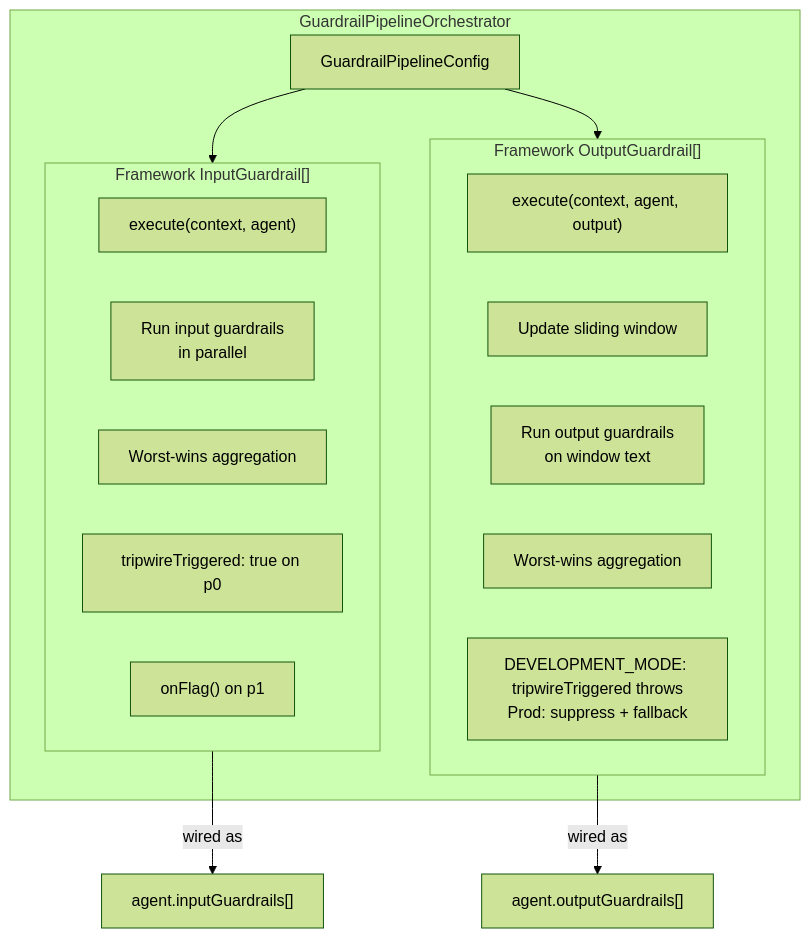
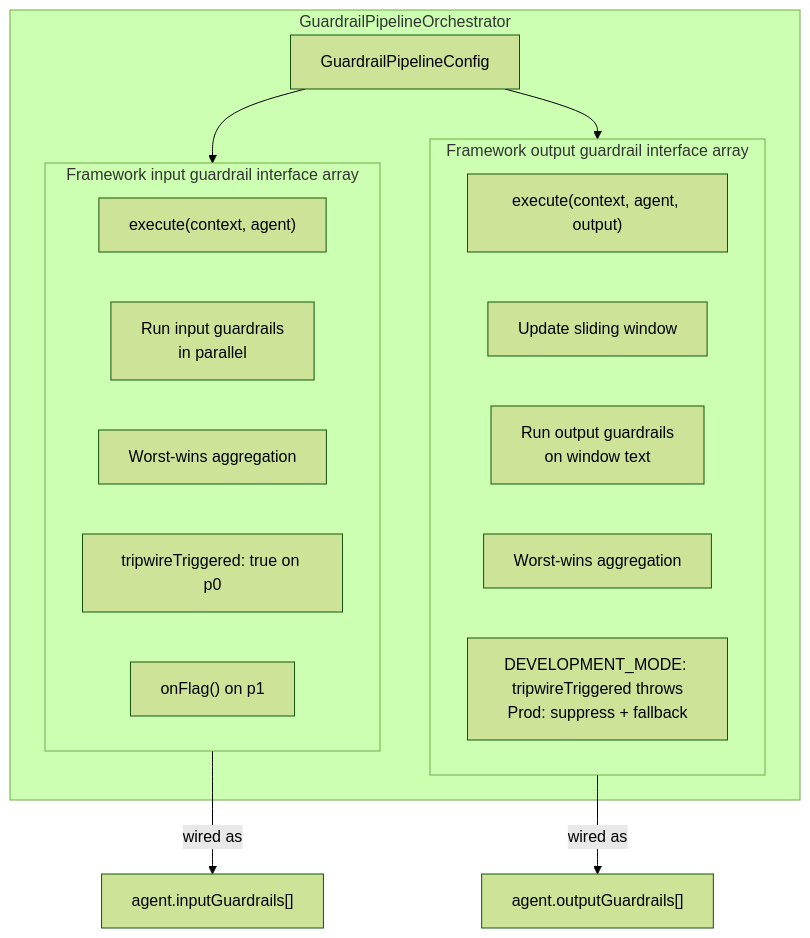
Diagram 15 of 17 in plan/10-guardrails.md (1qh/safeagent), drawn with Mermaid (forest theme) before and after one commit. The commit also changed other lines of this file and 18 other files, not shown here.

````diff
--- a/plan/10-guardrails.md
+++ b/plan/10-guardrails.md
@@ -658,28 +658,28 @@
 ```mermaid
 flowchart TB
     subgraph PIPELINE_ORCHESTRATOR["GuardrailPipelineOrchestrator"]
         CONFIG["GuardrailPipelineConfig"]
         
-        subgraph FRAMEWORK_INPUT_GUARDRAILS["Framework InputGuardrail[]"]
+        subgraph FRAMEWORK_INPUT_GUARDRAILS["Framework input guardrail interface array"]
             INPUT_EXECUTE_HOOK["execute(context, agent)"]
             INPUT_PARALLEL_RUN["Run input guardrails\nin parallel"]
             INPUT_WORST_WINS["Worst-wins aggregation"]
             INPUT_TRIPWIRE_RESULT["tripwireTriggered: true on p0"]
             INPUT_FLAG_RESULT["onFlag() on p1"]
         end
         
-        subgraph FRAMEWORK_OUTPUT_GUARDRAILS["Framework OutputGuardrail[]"]
+        subgraph FRAMEWORK_OUTPUT_GUARDRAILS["Framework output guardrail interface array"]
             OUTPUT_EXECUTE_HOOK["execute(context, agent, output)"]
             OUTPUT_WINDOW_UPDATE["Update sliding window"]
             OUTPUT_GUARDRAIL_RUN["Run output guardrails\non window text"]
             OUTPUT_WORST_WINS["Worst-wins aggregation"]
             OUTPUT_ACTION_RESULT["DEVELOPMENT_MODE: tripwireTriggered throws\nProd: suppress + fallback"]
         end
     end
 
     CONFIG --> FRAMEWORK_INPUT_GUARDRAILS
     CONFIG --> FRAMEWORK_OUTPUT_GUARDRAILS
 
     FRAMEWORK_INPUT_GUARDRAILS -->|wired as| AGENT_INPUT_GUARDRAILS["agent.inputGuardrails[]"]
     FRAMEWORK_OUTPUT_GUARDRAILS -->|wired as| AGENT_OUTPUT_GUARDRAILS["agent.outputGuardrails[]"]
 ```
````
